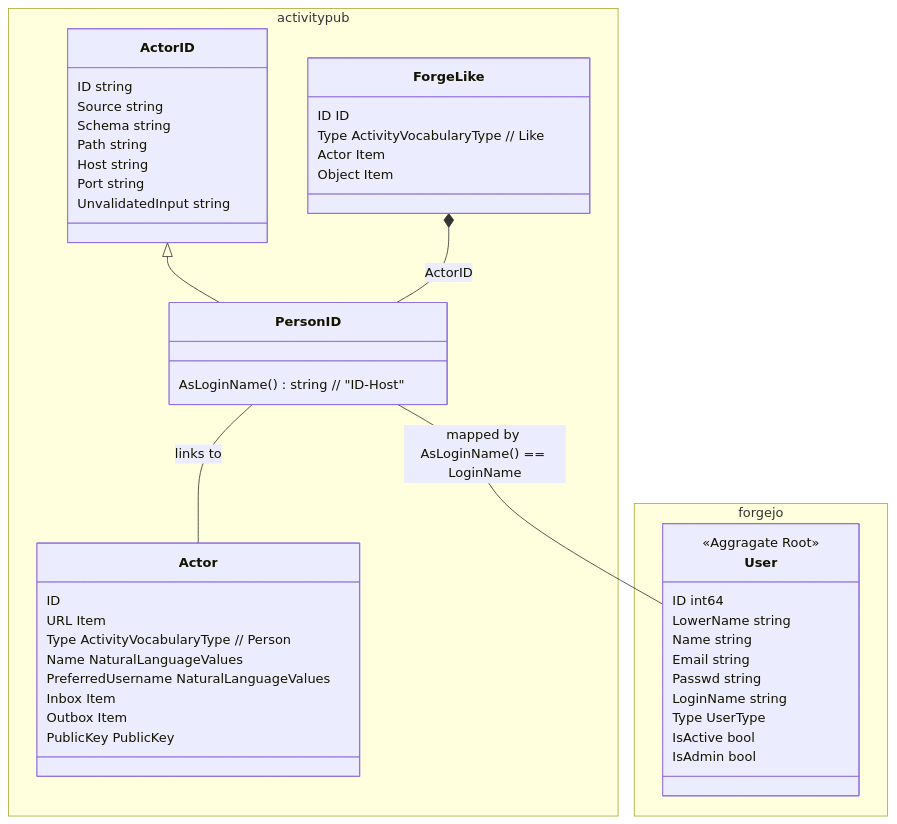
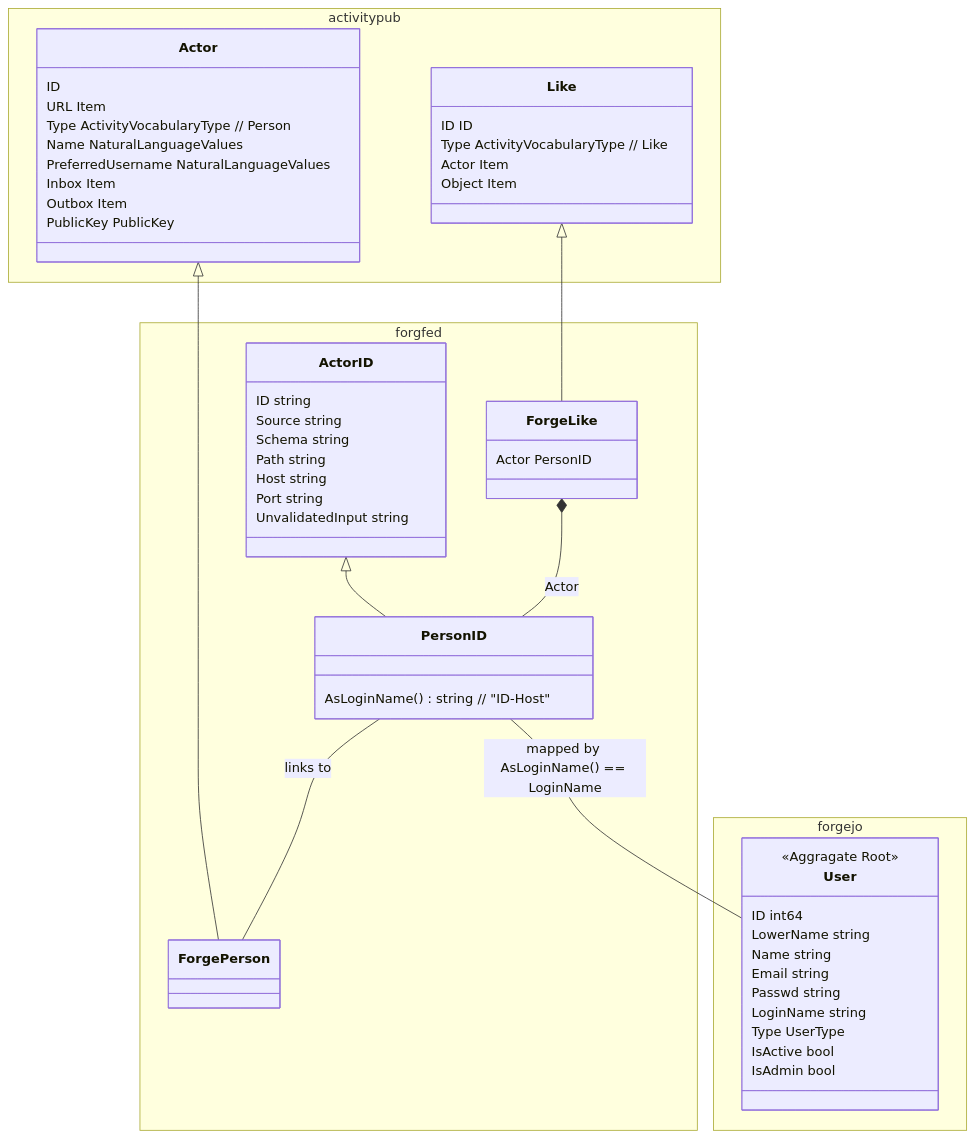
Before and after one commit to yonasBSD/forgejo: the first of 4 diagrams in docs/unsure-where-to-put/adr-map-federated-person.md, drawn with Mermaid. The commit also changed other lines of this file, not shown here.

Commit message:
make class diagram more accurate

````diff
--- a/docs/unsure-where-to-put/adr-map-federated-person.md
+++ b/docs/unsure-where-to-put/adr-map-federated-person.md
@@ -67,54 +67,64 @@
 ```mermaid
 classDiagram
   namespace activitypub {
-    class ForgeLike {
+    class Like {
       ID ID
       Type ActivityVocabularyType // Like
       Actor Item
       Object Item
     }
     class Actor {
       ID
       URL Item
       Type ActivityVocabularyType // Person
       Name NaturalLanguageValues
       PreferredUsername NaturalLanguageValues
       Inbox Item
       Outbox Item
       PublicKey PublicKey
     }
+  }
+  namespace forgfed {
+    class ForgePerson {
+    }
+    class ForgeLike {
+      Actor PersonID
+    }
     class ActorID {
       ID               string
       Source           string
       Schema           string
       Path             string
       Host             string
       Port             string
       UnvalidatedInput string
     }
     class PersonID {
       AsLoginName() string // "ID-Host"
     }
   }
-
-  ActorID <|-- PersonID
-  ForgeLike *-- PersonID: ActorID
 
   namespace forgejo {
     class User {
       <<Aggragate Root>>
       ID        int64 
       LowerName string
       Name      string
       Email     string
       Passwd    string
       LoginName   string
       Type        UserType
       IsActive bool
       IsAdmin bool
     }
   }
 
+  Actor <|-- ForgePerson
+  Like <|-- ForgeLike
+  ActorID <|-- PersonID
+
+  ForgeLike *-- PersonID: Actor
+
   PersonID -- User: mapped by AsLoginName() == LoginName
-  PersonID -- Actor: links to
+  PersonID -- ForgePerson: links to
 ```
````
